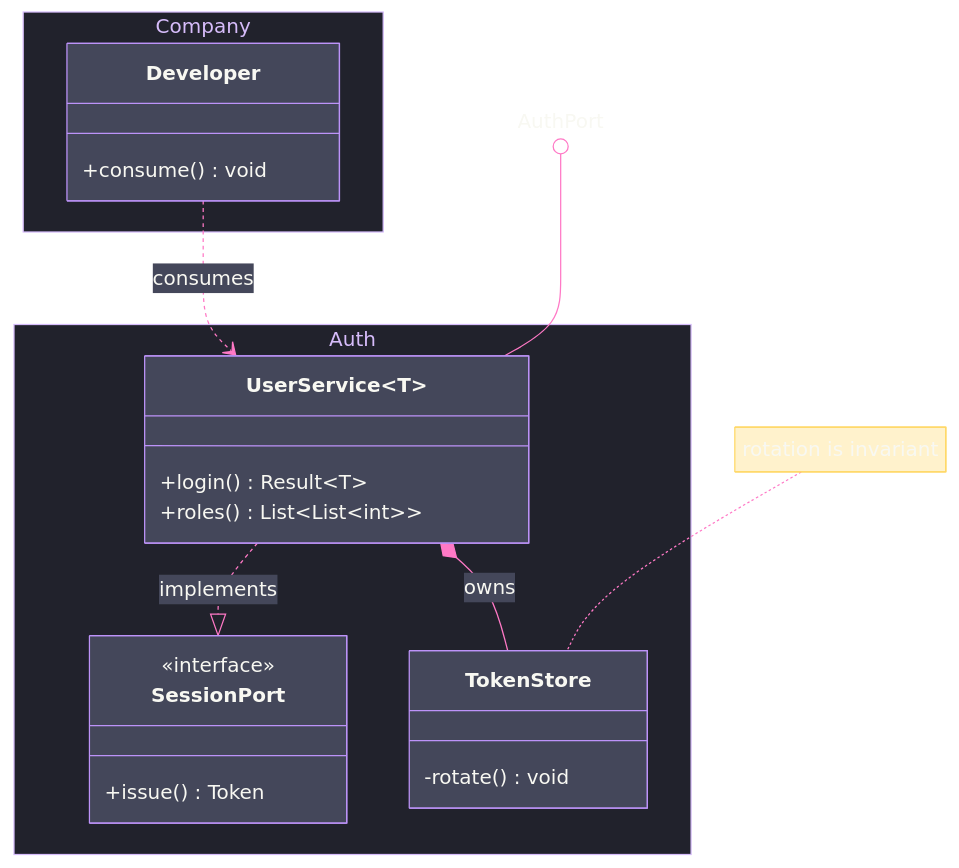
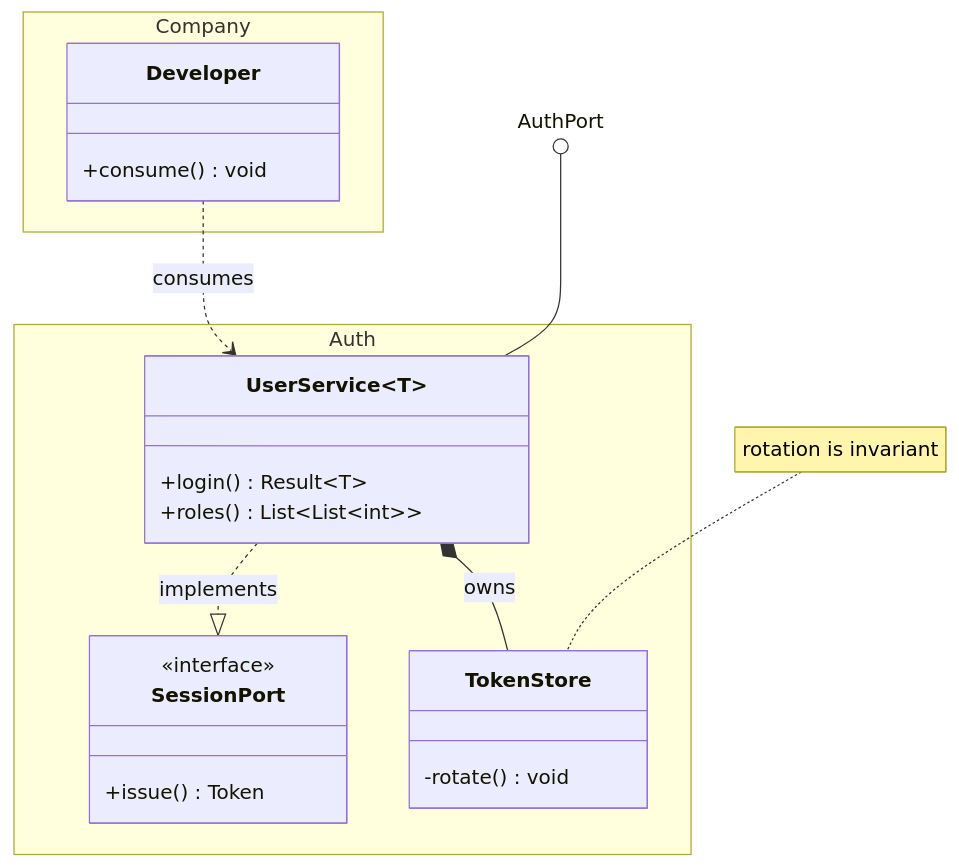
The fourth of 5 diagrams in .claude/skills/mermaid-diagramming/references/syntax-core.md (bsamiee/Rasm), drawn with Mermaid before and after one commit. The commit also changed other lines of this file and 28 other files, not shown here.

Commit message:
skills(docgen+mermaid): payload-only diagram law — docgen gate/fixer strips fence styling; mermaid bundle sheds the styling canon, theming survives as one opt-in reference

````diff
--- a/.claude/skills/mermaid-diagramming/references/syntax-core.md
+++ b/.claude/skills/mermaid-diagramming/references/syntax-core.md
@@ -233,55 +133,28 @@
 ```mermaid
----
-config:
-  theme: base
-  look: classic
-  themeVariables:
-    darkMode: true
-    fontFamily: "SF Mono, Menlo, Cascadia Mono, Segoe UI Mono, Consolas, monospace"
-    useGradient: false
-    dropShadow: "none"
-    background: "#282A36"
-    primaryColor: "#44475A"
-    primaryBorderColor: "#BD93F9"
-    mainBkg: "#44475A"
-    nodeBorder: "#BD93F9"
-    lineColor: "#FF79C6"
-    classText: "#F8F8F2"
-    textColor: "#F8F8F2"
-    titleColor: "#D6BCFA"
-    clusterBkg: "#21222C"
-    clusterBorder: "#D6BCFA"
-    edgeLabelBackground: "#21222C"
-    labelBackgroundColor: "#21222C"
-    noteBkgColor: "#FFD86654"
-    noteBorderColor: "#FFD866"
-    noteTextColor: "#F8F8F2"
-  themeCSS: ".nodeLabel{font-size:13px;font-weight:500}.edgeLabel{font-size:12px;font-weight:500}.classTitle{font-size:13px;font-weight:600}.cluster-label .nodeLabel,.cluster-label text{font-size:13.5px;font-weight:700;letter-spacing:.08em}.noteLabel .nodeLabel{font-size:12px}.relation{stroke-width:2px}.edge-pattern-dashed,.edge-pattern-dotted{stroke-width:1.5px;stroke-dasharray:4 6}.divider{stroke-width:1px}.node rect,.node path{stroke-width:1.5px;filter:none!important}.cluster rect{stroke-width:1px!important;stroke-dasharray:5 4!important;filter:none!important}.marker path{transform:scale(.8);transform-origin:5px 5px}"
----
 classDiagram
     accTitle: Namespace and generics demo
     accDescr: A generic user service implementing a session port inside its namespace, composing a token store, consumed by a developer through a lollipop interface.
     namespace Auth {
         class UserService~T~ {
             +login() Result~T~
             +roles() List~List~int~~
         }
         class SessionPort {
             <<interface>>
             +issue() Token
         }
         class TokenStore {
             -rotate() void
         }
     }
     namespace Company {
         class Developer {
             +consume() void
         }
     }
     UserService ..|> SessionPort : implements
     UserService *-- TokenStore : owns
     AuthPort ()-- UserService
     Developer ..> UserService : consumes
     note for TokenStore "rotation is invariant"
 ```
````
